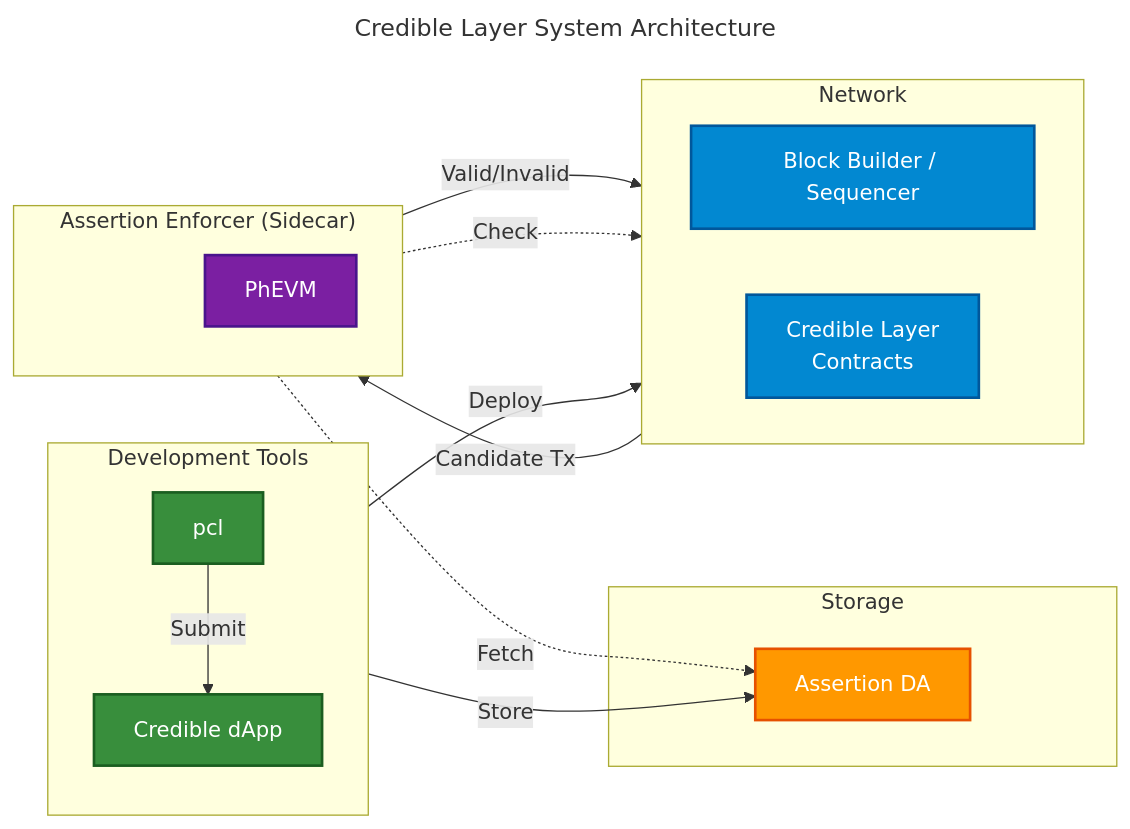
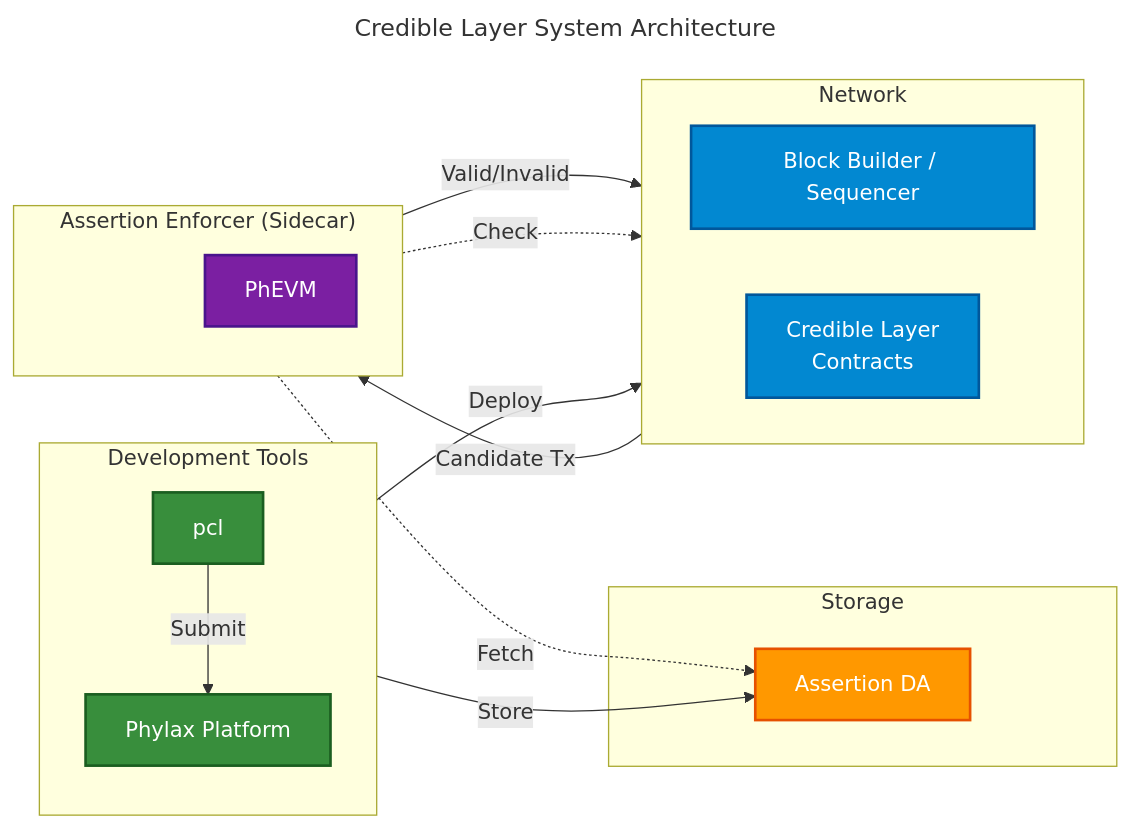
Before and after one commit to phylaxsystems/phylax-docs: the first of 3 diagrams in credible/architecture-overview.mdx, drawn with Mermaid. The commit also changed other lines of this file and 74 other files, not shown here.

````diff
--- a/credible/architecture-overview.mdx
+++ b/credible/architecture-overview.mdx
@@ -29,48 +29,48 @@
 ```mermaid
 ---
 title: Credible Layer System Architecture
 ---
 flowchart LR
     subgraph dev["Development Tools"]
         direction TB
         CLI["pcl"]
-        DAPP["Credible dApp"]
+        DAPP["Phylax Platform"]
     end
 
     subgraph storage["Storage"]
         DA["Assertion DA"]
     end
 
     subgraph network["Network"]
         direction LR
         VALIDATOR["Block Builder / Sequencer"]
         REGISTRY["Credible Layer<br/>Contracts"]
     end
 
     subgraph enforcer["Assertion Enforcer (Sidecar)"]
         direction TB
         SPACER_E[" "]
         PhEVM["PhEVM"]
     end
 
     CLI -->|"Store"| DA
     CLI -->|"Submit"| DAPP
     DAPP -->|"Deploy"| REGISTRY
 
     VALIDATOR -->|"Candidate Tx"| PhEVM
     PhEVM -->|"Valid/Invalid"| VALIDATOR
     PhEVM -.->|"Fetch"| DA
     PhEVM -.->|"Check"| REGISTRY
 
     classDef dev fill:#388e3c,stroke:#1b5e20,stroke-width:2px,color:#fff
     classDef storage fill:#ff9800,stroke:#e65100,stroke-width:2px,color:#fff
     classDef network fill:#0288d1,stroke:#01579b,stroke-width:2px,color:#fff
     classDef sidecar fill:#7b1fa2,stroke:#4a148c,stroke-width:2px,color:#fff
     classDef invisible fill:none,stroke:none
 
     class CLI,DAPP dev
     class DA storage
     class VALIDATOR,REGISTRY network
     class PhEVM sidecar
     class SPACER_E invisible
 ```
````
